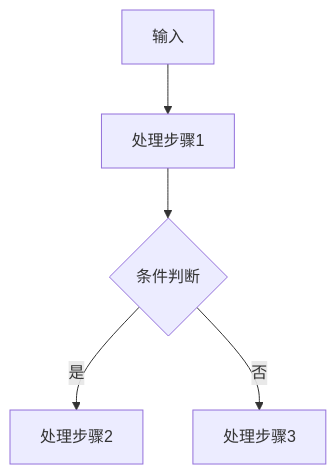
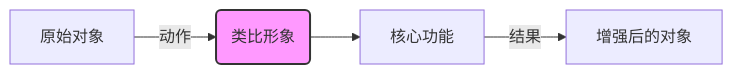
Before and after one commit to husy7/husy-notebook: the first of 2 diagrams in docs/01-Python/Concurrency/concurrency-note.md, drawn with Mermaid. The commit also changed other lines of this file and 40 other files, not shown here.

````diff
--- a/docs/01-Python/Concurrency/concurrency-note.md
+++ b/docs/01-Python/Concurrency/concurrency-note.md
@@ -48,7 +25,7 @@
-```mermaid
-graph TD
-    A[输入] --> B[处理步骤1];
-    B --> C{条件判断};
-    C -->|是| D[处理步骤2];
-    C -->|否| E[处理步骤3];
-```
+  ```mermaid
+  graph LR
+      A[原始对象] -->|动作| B(类比形象)
+      B --> C[核心功能]
+      C -->|结果| D[增强后的对象]
+      style B fill:#f9f,stroke:#333,stroke-width:2px
+  ```
````
